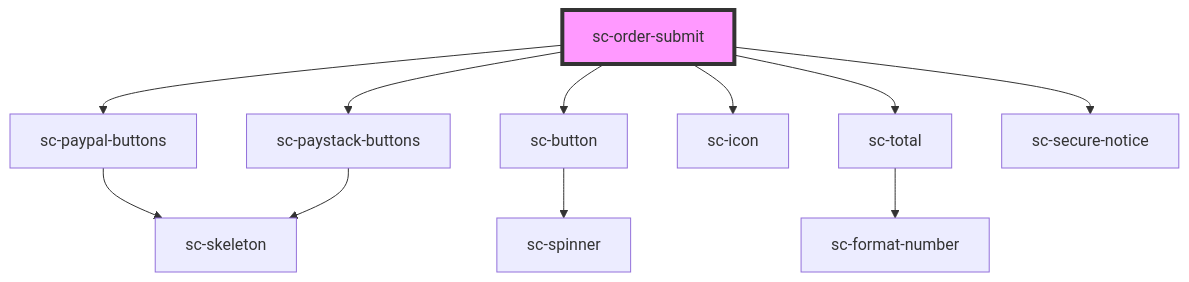
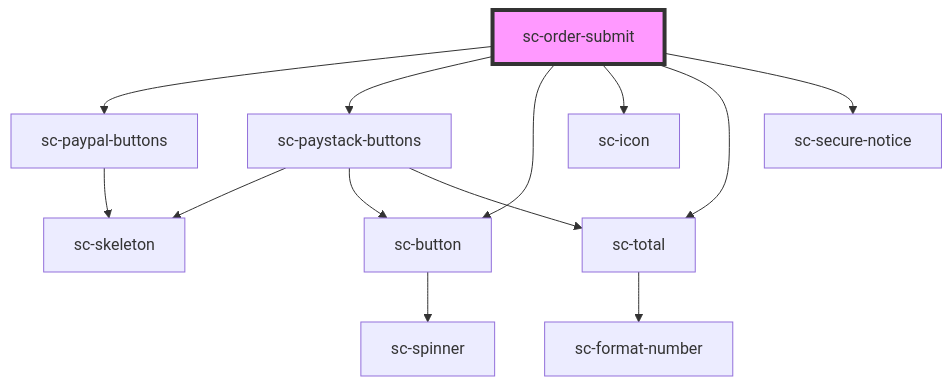
The diagram in packages/components/src/components/controllers/checkout-form/order-submit/readme.md (surecart/surecart-wp-plugin), drawn with Mermaid before and after one commit. The commit also changed 8 other files, not shown here.

Commit message:
Paystack button removed payment intent and added refresh status true

````diff
--- a/packages/components/src/components/controllers/checkout-form/order-submit/readme.md
+++ b/packages/components/src/components/controllers/checkout-form/order-submit/readme.md
@@ -41,14 +41,16 @@
 ```mermaid
 graph TD;
   sc-order-submit --> sc-paypal-buttons
   sc-order-submit --> sc-paystack-buttons
   sc-order-submit --> sc-button
   sc-order-submit --> sc-icon
   sc-order-submit --> sc-total
   sc-order-submit --> sc-secure-notice
   sc-paypal-buttons --> sc-skeleton
   sc-paystack-buttons --> sc-skeleton
+  sc-paystack-buttons --> sc-button
+  sc-paystack-buttons --> sc-total
   sc-button --> sc-spinner
   sc-total --> sc-format-number
   style sc-order-submit fill:#f9f,stroke:#333,stroke-width:4px
 ```
````
